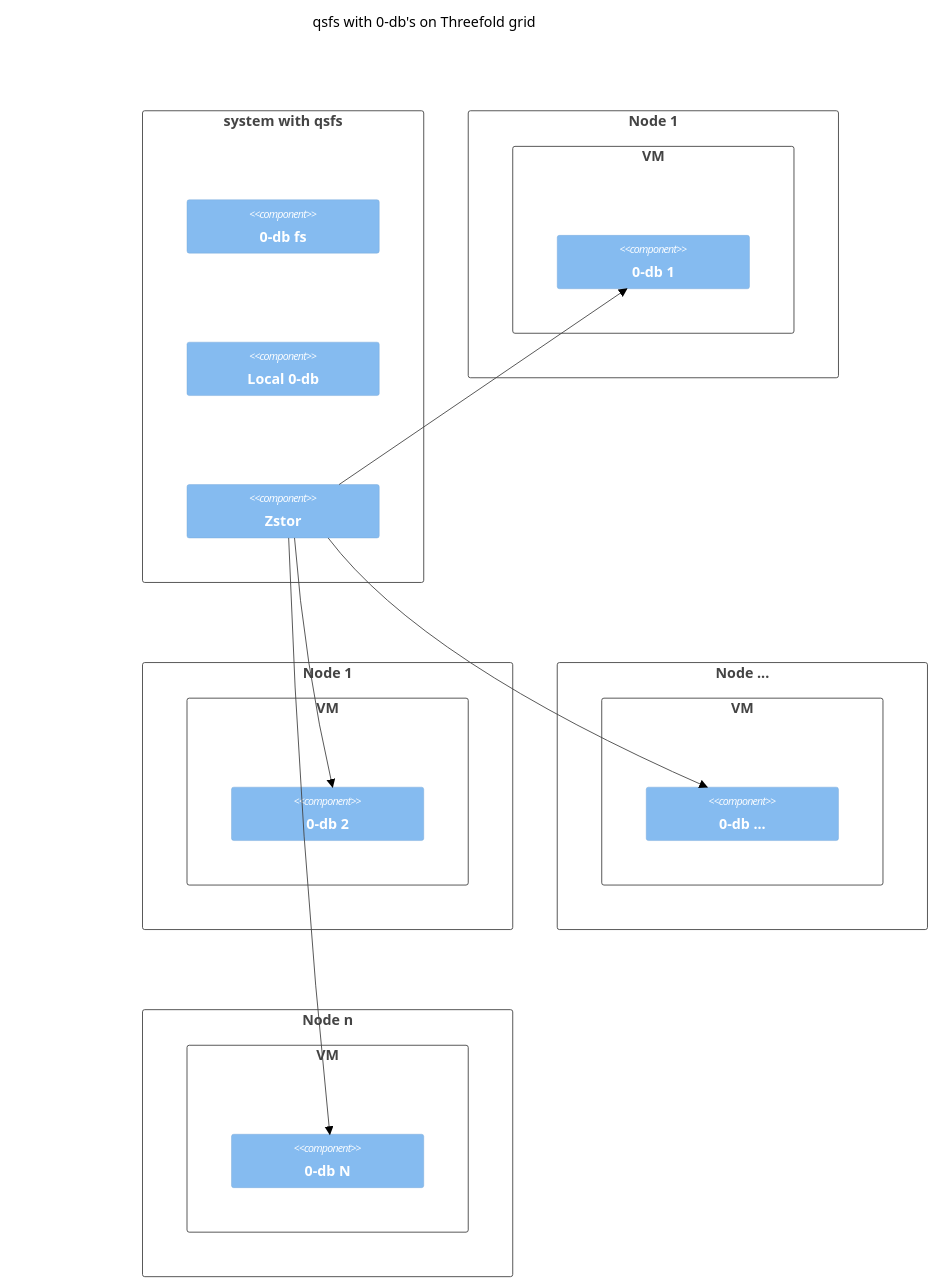
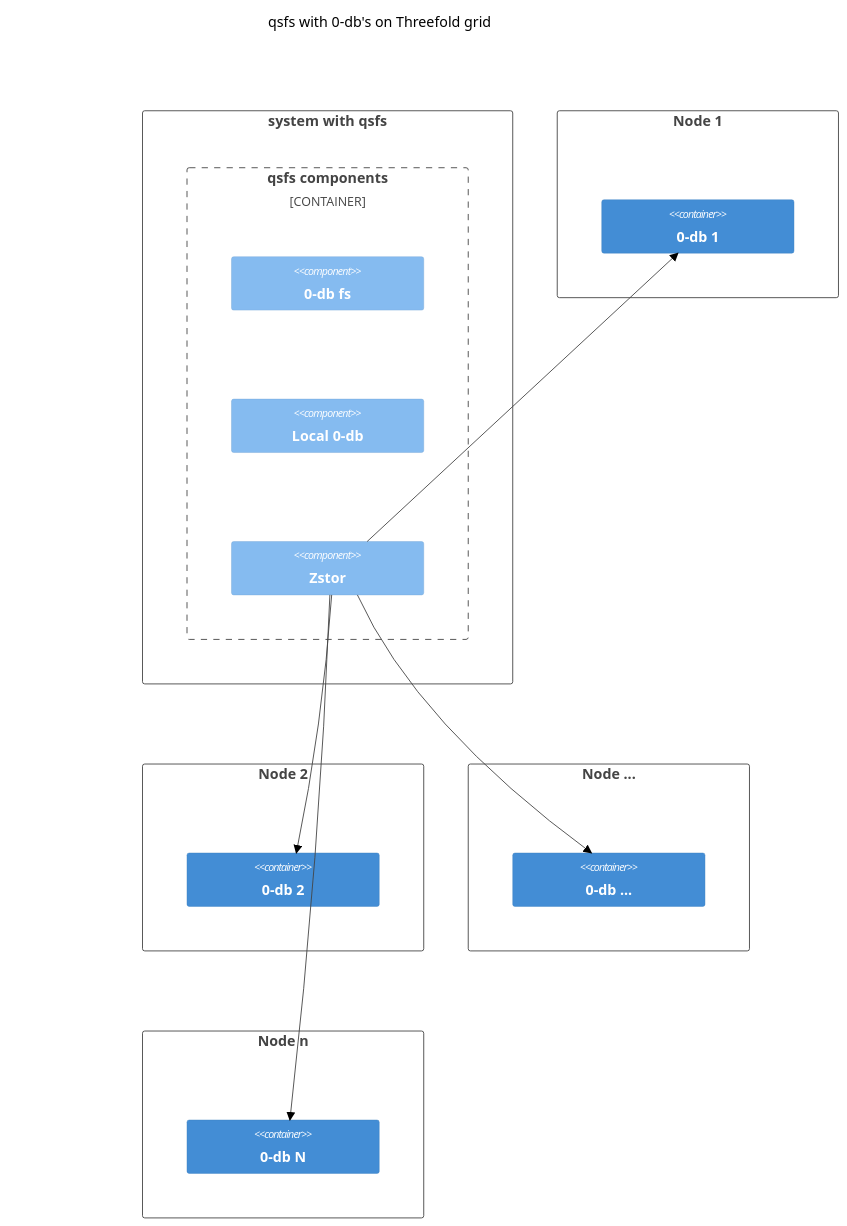
Before and after one commit to threefoldtech/quantum-storage: the diagram in docs/docs.md, drawn with Mermaid (forest theme).

Commit message:
Fix the deployment diagram to use containers instead of vm's

````diff
--- a/docs/docs.md
+++ b/docs/docs.md
@@ -3,37 +3,31 @@
 ```mermaid
 C4Component
 title qsfs with 0-db's on Threefold grid 
 
 Deployment_Node(qsfssystem, "system with qsfs",""){
-    Component(zdbfs, "0-db fs")
-    Component(localzorodb,"Local 0-db")
-    Component(zstor, "Zstor")
+    Container_Boundary(b,"qsfs components"){
+        Component(zdbfs, "0-db fs")
+        Component(localzorodb,"Local 0-db")
+        Component(zstor, "Zstor")
+    }
 }
 
 Deployment_Node(node1,"Node 1", ""){
-    Deployment_Node(vm1,"VM", ""){
-        Component(zerodb1,"0-db 1")
-    }
+    Container(zerodb1,"0-db 1")
 }
-Deployment_Node(node2,"Node 1", ""){
-    Deployment_Node(vm2,"VM", ""){
-        Component(zerodb2,"0-db 2")
-    }
+Deployment_Node(node2,"Node 2", ""){
+    Container(zerodb2,"0-db 2")
 }
 Deployment_Node(nodex,"Node ...", ""){ 
-    Deployment_Node(vmx,"VM", ""){
-        Component(zerodbx,"0-db ...")
-    }
+    Container(zerodbx,"0-db ...")
 }
 
 Deployment_Node(noden,"Node n", ""){
-    Deployment_Node(vmn,"VM", ""){
-        Component(zerodbn,"0-db N")
-    }
+    Container(zerodbn,"0-db N")
 }
 
 Rel(zstor, zerodb1, "")
 Rel(zstor, zerodb2, "")
 Rel(zstor, zerodbx, "")
 Rel(zstor, zerodbn, "")
 ```
````
